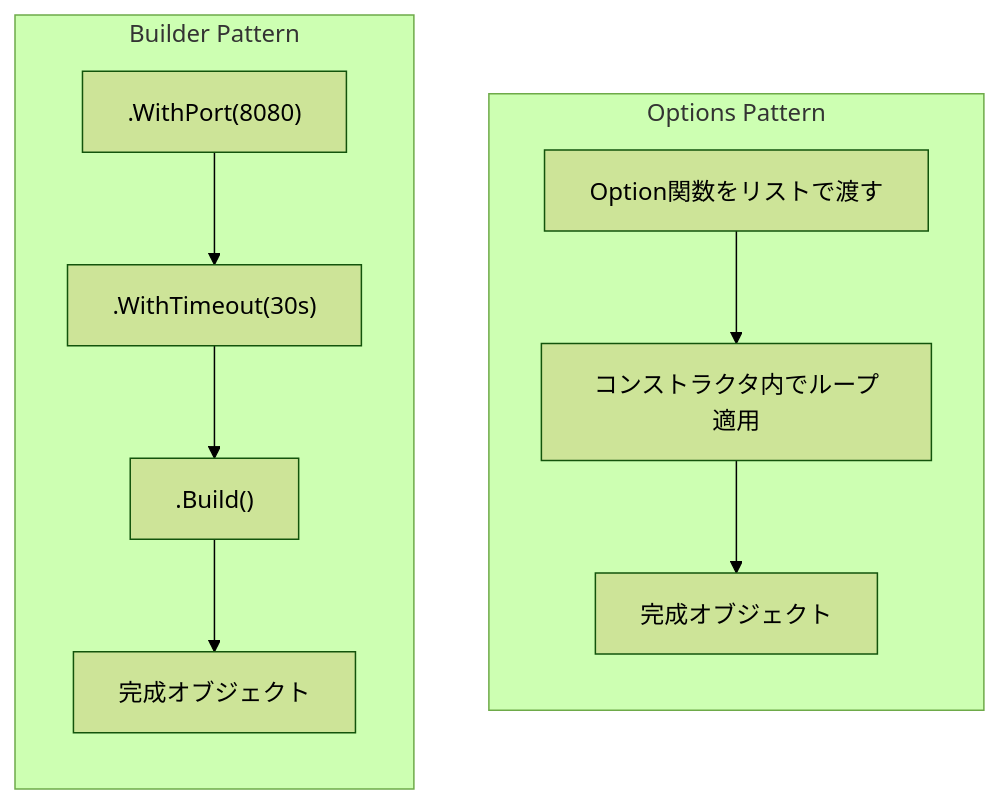
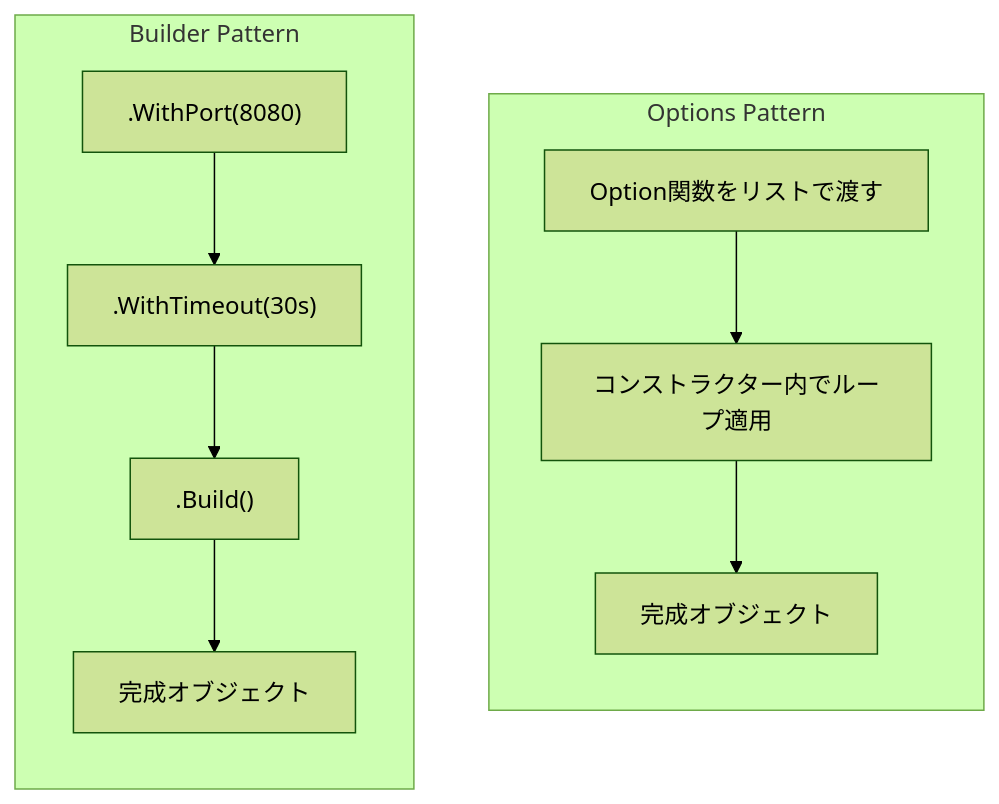
The fifth of 6 diagrams in content/blog/ja/options-pattern.mdx (yoichiozaki/yoichiozaki.github.io), drawn with Mermaid (forest theme) before and after one commit. The commit also changed other lines of this file and 117 other files, not shown here.

````diff
--- a/content/blog/ja/options-pattern.mdx
+++ b/content/blog/ja/options-pattern.mdx
@@ -823,15 +823,15 @@
 ```mermaid
 graph TB
     subgraph OP["Options Pattern"]
         direction TB
-        O1["Option関数をリストで渡す"] --> O2["コンストラクタ内でループ適用"]
+        O1["Option関数をリストで渡す"] --> O2["コンストラクター内でループ適用"]
         O2 --> O3["完成オブジェクト"]
     end
 
     subgraph BP["Builder Pattern"]
         direction TB
         B1[".WithPort(8080)"] --> B2[".WithTimeout(30s)"]
         B2 --> B3[".Build()"]
         B3 --> B4["完成オブジェクト"]
     end
 ```
````
